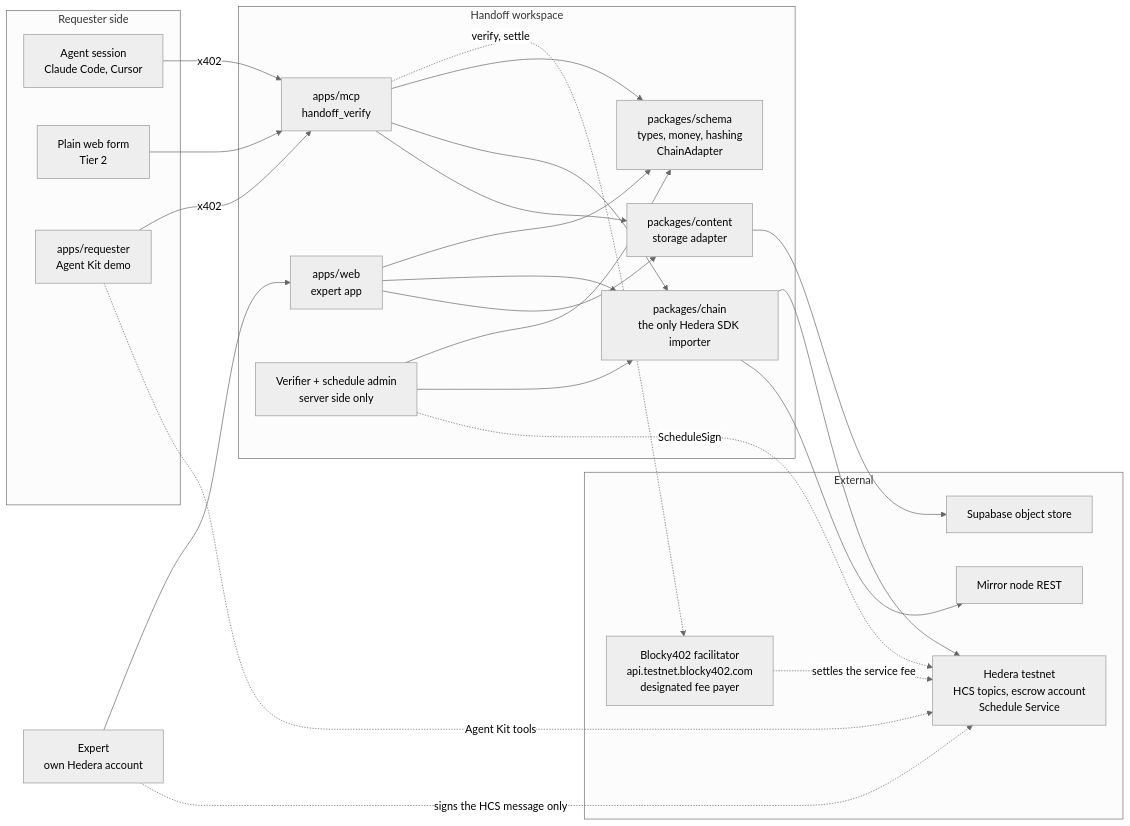
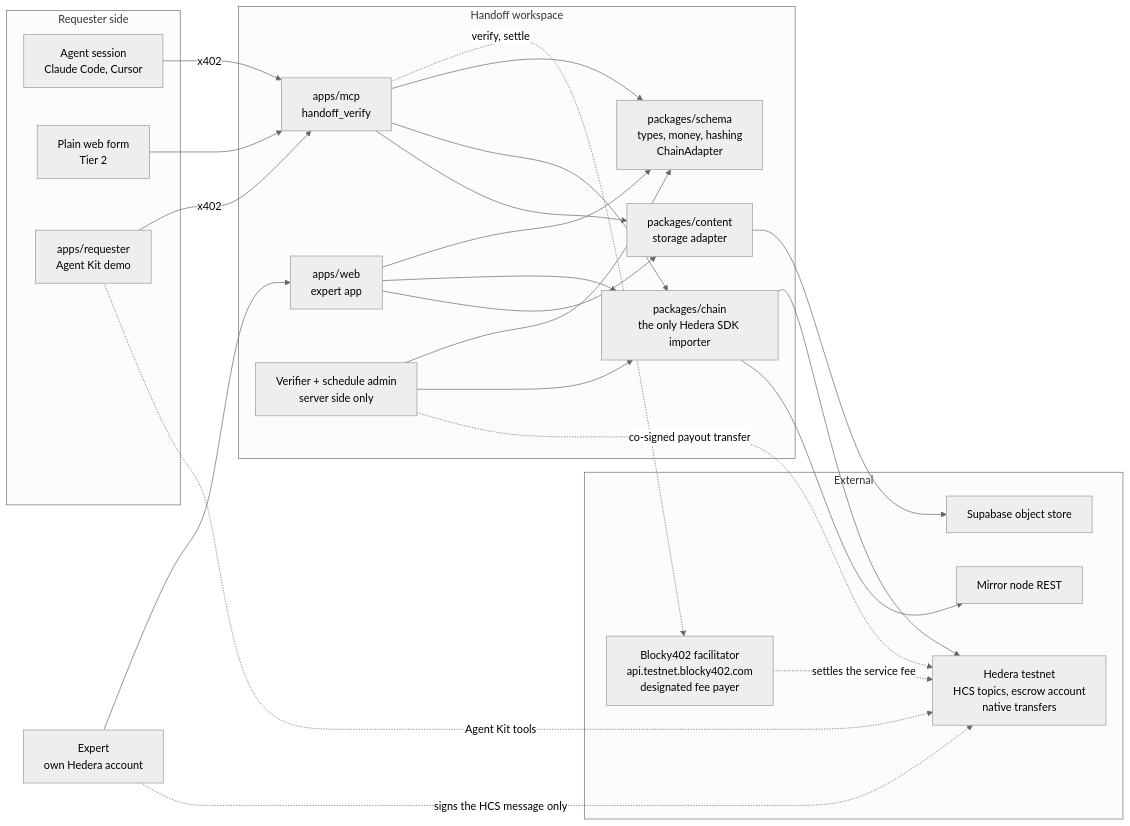
The first of 6 diagrams in docs/architecture.md (Baurjan1234/project-handoff), drawn with Mermaid (neutral theme) before and after one commit. The commit also changed other lines of this file, not shown here.

````diff
--- a/docs/architecture.md
+++ b/docs/architecture.md
@@ -12,47 +13,47 @@
 ```mermaid
 flowchart LR
   subgraph req["Requester side"]
     RA["Agent session<br/>Claude Code, Cursor"]
     RW["Plain web form<br/>Tier 2"]
     DEMO["apps/requester<br/>Agent Kit demo"]
   end
 
   subgraph mono["Handoff workspace"]
     MCP["apps/mcp<br/>handoff_verify"]
     WEB["apps/web<br/>expert app"]
     SVC["Verifier + schedule admin<br/>server side only"]
     SCHEMA["packages/schema<br/>types, money, hashing<br/>ChainAdapter"]
     CHAIN["packages/chain<br/>the only Hedera SDK importer"]
     CONTENT["packages/content<br/>storage adapter"]
   end
 
   subgraph ext["External"]
-    HEDERA["Hedera testnet<br/>HCS topics, escrow account<br/>Schedule Service"]
+    HEDERA["Hedera testnet<br/>HCS topics, escrow account<br/>native transfers"]
     MIRROR["Mirror node REST"]
     STORE["Supabase object store"]
     FAC["Blocky402 facilitator<br/>api.testnet.blocky402.com<br/>designated fee payer"]
   end
 
   EX["Expert<br/>own Hedera account"]
 
   RA -- "x402" --> MCP
   RW --> MCP
   DEMO -- "x402" --> MCP
   MCP -. "verify, settle" .-> FAC
   DEMO -. "Agent Kit tools" .-> HEDERA
   MCP --> SCHEMA
   WEB --> SCHEMA
   SVC --> SCHEMA
   MCP --> CHAIN
   WEB --> CHAIN
   SVC --> CHAIN
   MCP --> CONTENT
   WEB --> CONTENT
   CHAIN --> HEDERA
   CHAIN --> MIRROR
   CONTENT --> STORE
   EX --> WEB
   EX -. "signs the HCS message only" .-> HEDERA
-  SVC -. "ScheduleSign" .-> HEDERA
+  SVC -. "co-signed payout transfer" .-> HEDERA
   FAC -. "settles the service fee" .-> HEDERA
 ```
````
